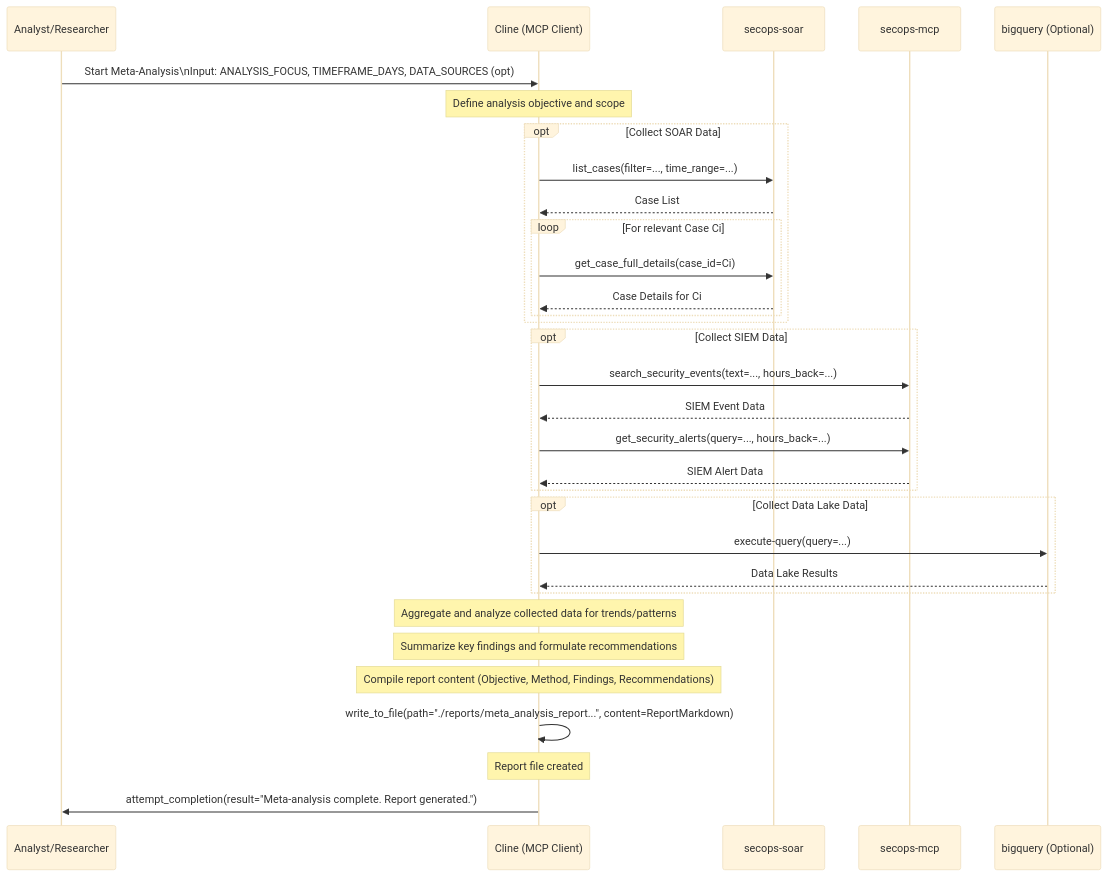
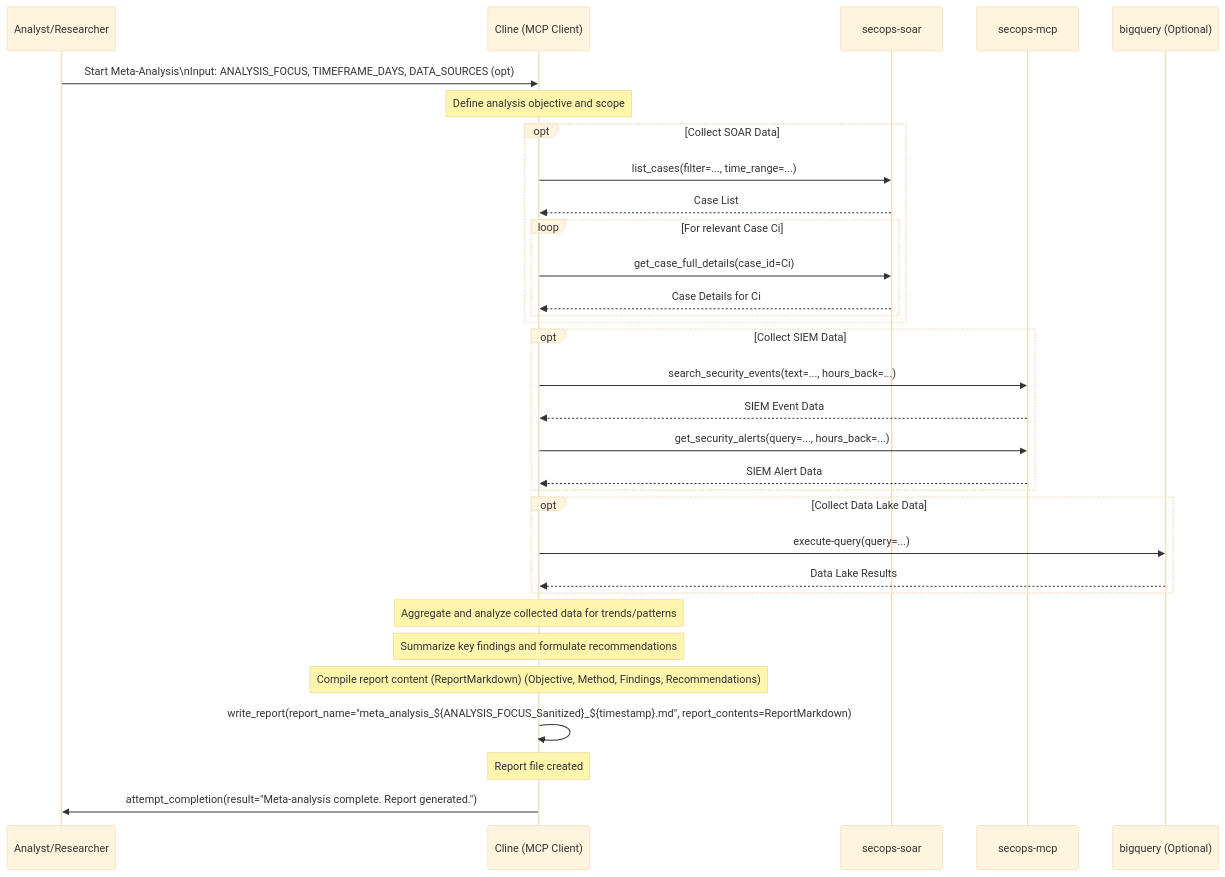
The diagram in rules-bank/run_books/metaanalysis.md (dandye/adk_runbooks), drawn with Mermaid (base theme) before and after one commit. The commit also changed other lines of this file and 18 other files, not shown here.

Commit message:
write_to_file -> write_report

````diff
--- a/rules-bank/run_books/metaanalysis.md
+++ b/rules-bank/run_books/metaanalysis.md
@@ -34,47 +34,47 @@
 ```{mermaid}
 sequenceDiagram
     participant Analyst/Researcher
     participant Cline as Cline (MCP Client)
     participant SOAR as secops-soar
     participant SIEM as secops-mcp
     participant BigQuery as bigquery (Optional)
 
     Analyst/Researcher->>Cline: Start Meta-Analysis\nInput: ANALYSIS_FOCUS, TIMEFRAME_DAYS, DATA_SOURCES (opt)
 
     %% Step 1: Define Scope
     Note over Cline: Define analysis objective and scope
 
     %% Step 2: Data Collection
     opt Collect SOAR Data
         Cline->>SOAR: list_cases(filter=..., time_range=...)
         SOAR-->>Cline: Case List
         loop For relevant Case Ci
             Cline->>SOAR: get_case_full_details(case_id=Ci)
             SOAR-->>Cline: Case Details for Ci
         end
     end
     opt Collect SIEM Data
         Cline->>SIEM: search_security_events(text=..., hours_back=...)
         SIEM-->>Cline: SIEM Event Data
         Cline->>SIEM: get_security_alerts(query=..., hours_back=...)
         SIEM-->>Cline: SIEM Alert Data
     end
     opt Collect Data Lake Data
         Cline->>BigQuery: execute-query(query=...)
         BigQuery-->>Cline: Data Lake Results
     end
 
     %% Step 3: Data Aggregation & Analysis
     Note over Cline: Aggregate and analyze collected data for trends/patterns
 
     %% Step 4 & 5: Synthesize Findings & Recommendations
     Note over Cline: Summarize key findings and formulate recommendations
 
     %% Step 6: Generate Report
-    Note over Cline: Compile report content (Objective, Method, Findings, Recommendations)
-    Cline->>Cline: write_to_file(path="./reports/meta_analysis_report...", content=ReportMarkdown)
+    Note over Cline: Compile report content (ReportMarkdown) (Objective, Method, Findings, Recommendations)
+    Cline->>Cline: write_report(report_name="meta_analysis_${ANALYSIS_FOCUS_Sanitized}_${timestamp}.md", report_contents=ReportMarkdown)
     Note over Cline: Report file created
 
     Cline->>Analyst/Researcher: attempt_completion(result="Meta-analysis complete. Report generated.")
 
 ```
````
